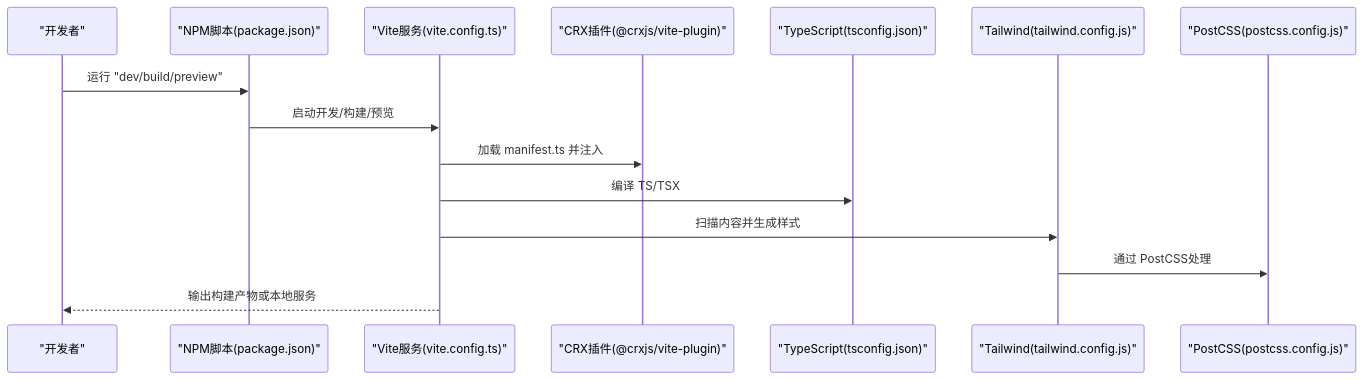
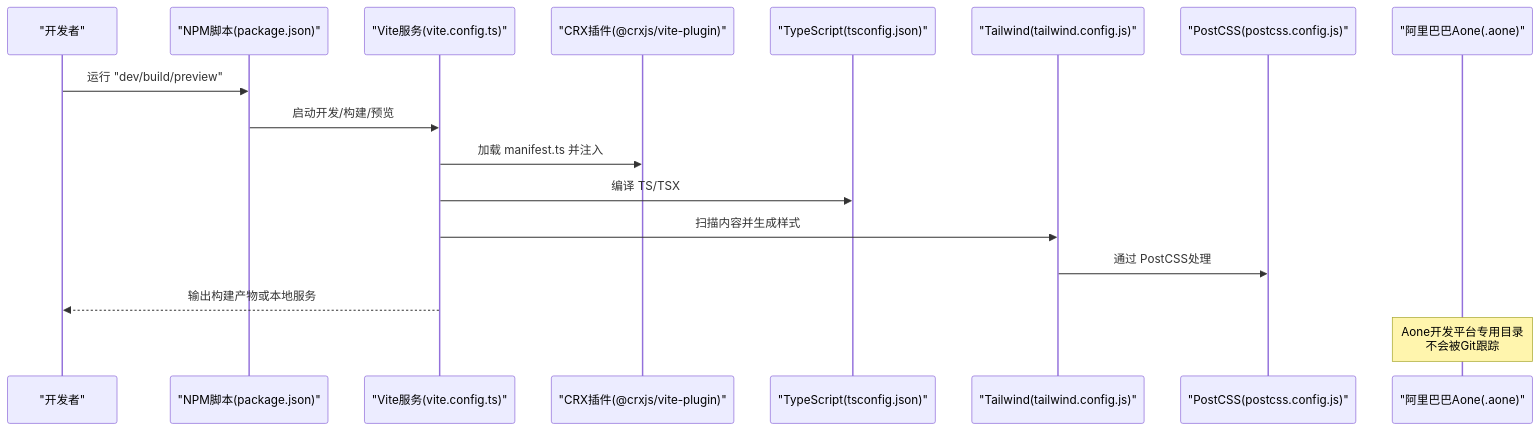
Before and after one commit to RadiumAg/bilibili-favorites: the second of 7 diagrams in .qoder/repowiki/zh/content/开发指南/构建配置详解.md, drawn with Mermaid. The commit also changed other lines of this file and 8 other files, not shown here.

````diff
--- a/.qoder/repowiki/zh/content/开发指南/构建配置详解.md
+++ b/.qoder/repowiki/zh/content/开发指南/构建配置详解.md
@@ -111,17 +127,19 @@
 ```mermaid
 sequenceDiagram
 participant Dev as "开发者"
 participant NPM as "NPM脚本(package.json)"
 participant Vite as "Vite服务(vite.config.ts)"
 participant CRX as "CRX插件(@crxjs/vite-plugin)"
 participant TS as "TypeScript(tsconfig.json)"
 participant TW as "Tailwind(tailwind.config.js)"
 participant PC as "PostCSS(postcss.config.js)"
+participant Aone as "阿里巴巴Aone(.aone)"
 Dev->>NPM : 运行 "dev/build/preview"
 NPM->>Vite : 启动开发/构建/预览
 Vite->>CRX : 加载 manifest.ts 并注入
 Vite->>TS : 编译 TS/TSX
 Vite->>TW : 扫描内容并生成样式
 TW->>PC : 通过 PostCSS处理
 Vite-->>Dev : 输出构建产物或本地服务
+Note over Aone : Aone开发平台专用目录<br/>不会被Git跟踪
 ```
````
